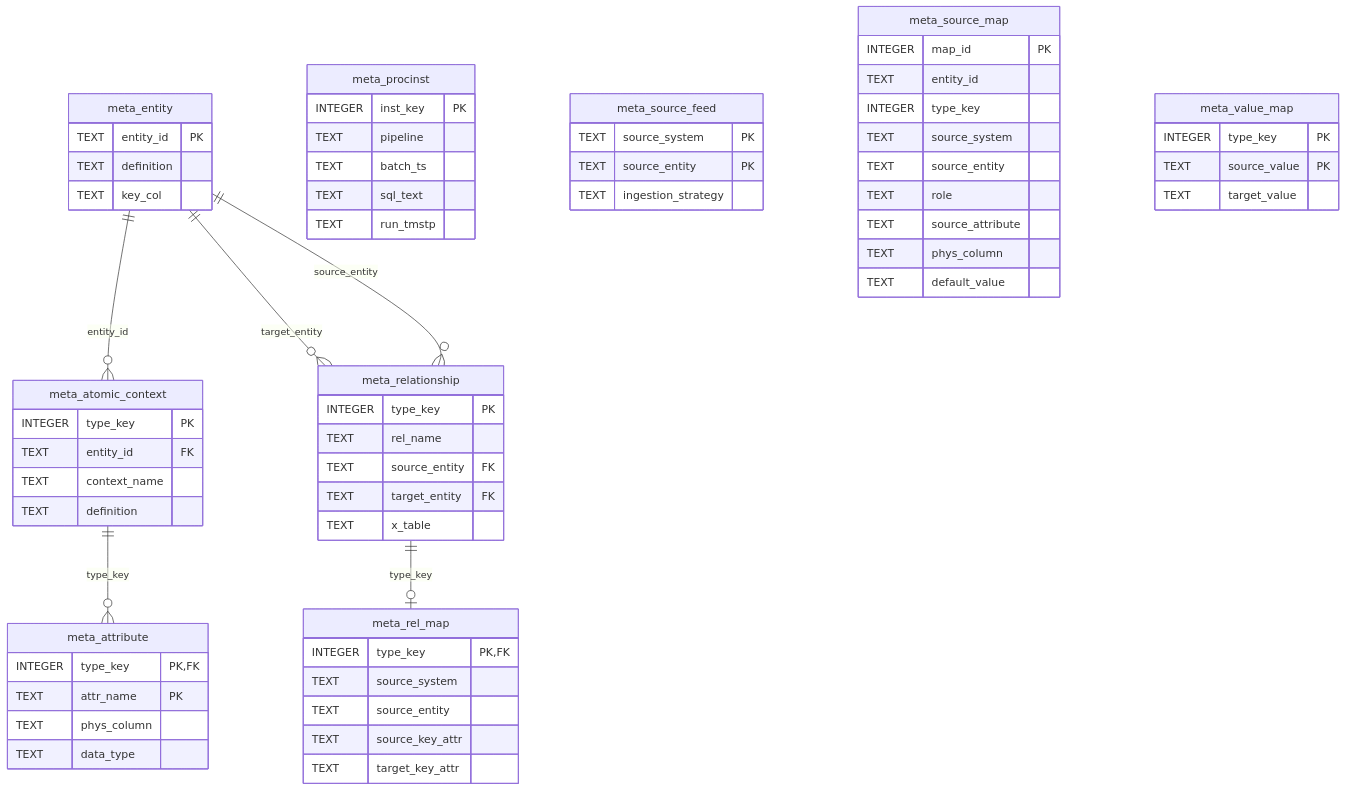
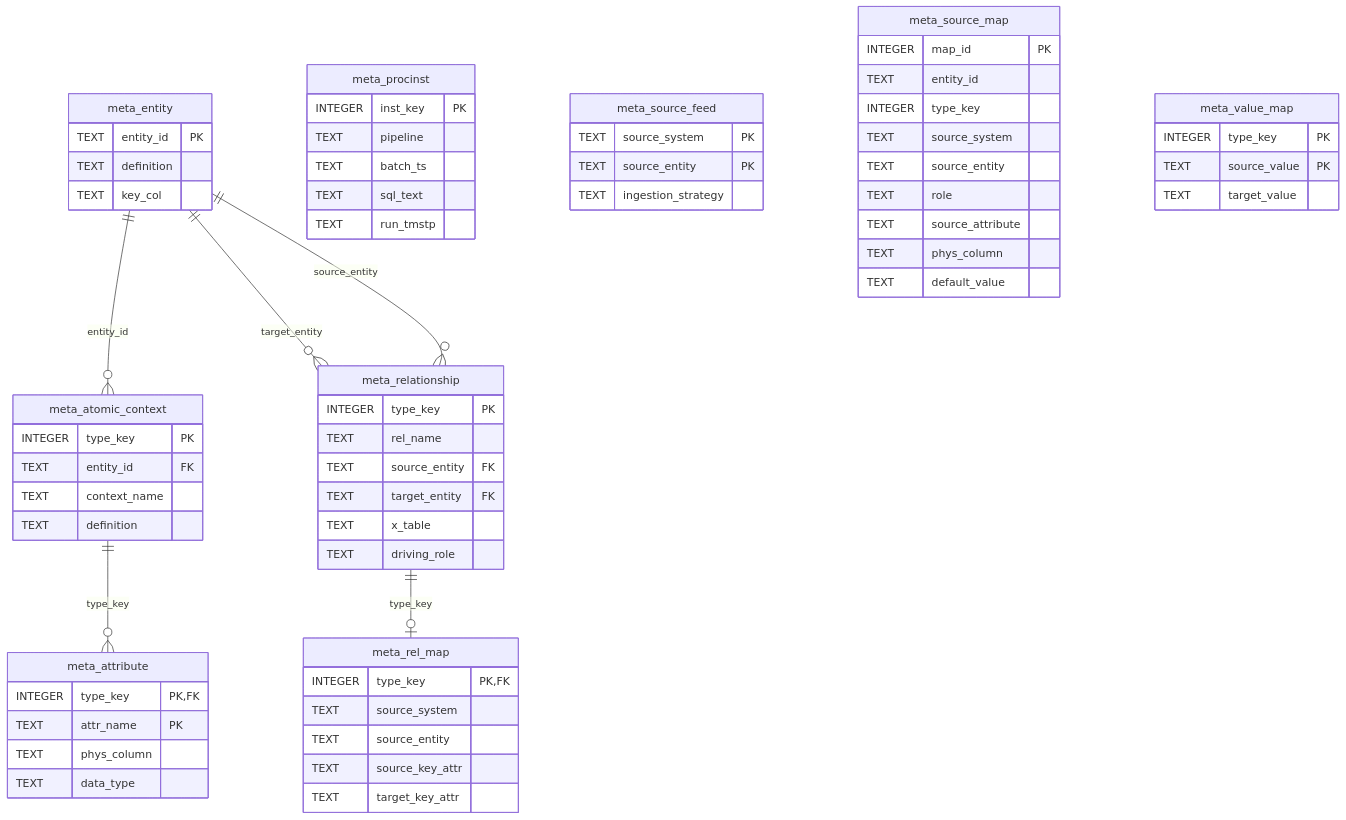
One commit to brianmcmillan/minimum-viable-warehouse changed the second of 4 diagrams in er-diagrams/mermaid/focal-point.md. Above: the diagram before and after it, drawn with Mermaid. The commit also changed other lines of this file and 15 other files, not shown here.

First line of the commit message:
Regenerate the ER diagrams and declare their missing joins (C5 items 5, 7)

````diff
--- a/er-diagrams/mermaid/focal-point.md
+++ b/er-diagrams/mermaid/focal-point.md
@@ -171,67 +185,68 @@
 ```mermaid
 erDiagram
     meta_atomic_context {
         INTEGER type_key PK
         TEXT entity_id FK
         TEXT context_name
         TEXT definition
     }
     meta_attribute {
         INTEGER type_key PK, FK
         TEXT attr_name PK
         TEXT phys_column
         TEXT data_type
     }
     meta_entity {
         TEXT entity_id PK
         TEXT definition
         TEXT key_col
     }
     meta_procinst {
         INTEGER inst_key PK
         TEXT pipeline
         TEXT batch_ts
         TEXT sql_text
         TEXT run_tmstp
     }
     meta_rel_map {
         INTEGER type_key PK, FK
         TEXT source_system
         TEXT source_entity
         TEXT source_key_attr
         TEXT target_key_attr
     }
     meta_relationship {
         INTEGER type_key PK
         TEXT rel_name
         TEXT source_entity FK
         TEXT target_entity FK
         TEXT x_table
+        TEXT driving_role
     }
     meta_source_feed {
         TEXT source_system PK
         TEXT source_entity PK
         TEXT ingestion_strategy
     }
     meta_source_map {
         INTEGER map_id PK
         TEXT entity_id
         INTEGER type_key
         TEXT source_system
         TEXT source_entity
         TEXT role
         TEXT source_attribute
         TEXT phys_column
         TEXT default_value
     }
     meta_value_map {
         INTEGER type_key PK
         TEXT source_value PK
         TEXT target_value
     }
     meta_entity ||--o{ meta_atomic_context : "entity_id"
     meta_atomic_context ||--o{ meta_attribute : "type_key"
     meta_relationship ||--o| meta_rel_map : "type_key"
     meta_entity ||--o{ meta_relationship : "target_entity"
     meta_entity ||--o{ meta_relationship : "source_entity"
 ```
````
